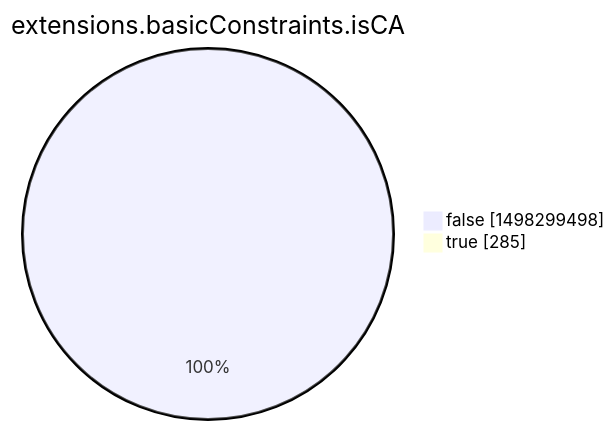
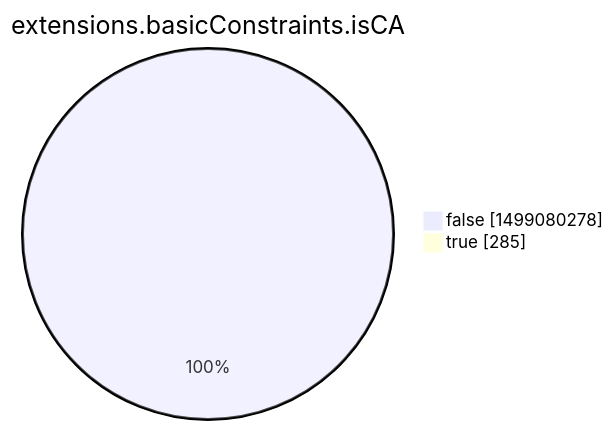
The eighth of 15 diagrams in xenon2022/README.md (christiankrug/ctmonitor_visualization), drawn with Mermaid before and after one commit. The commit also changed other lines of this file, not shown here.

````diff
--- a/xenon2022/README.md
+++ b/xenon2022/README.md
@@ -2853,6 +2853,6 @@
 ```mermaid
 pie showData
 title extensions.basicConstraints.isCA
-"false" :1498299498
+"false" :1499080278
 "true" :285
 ```
````
